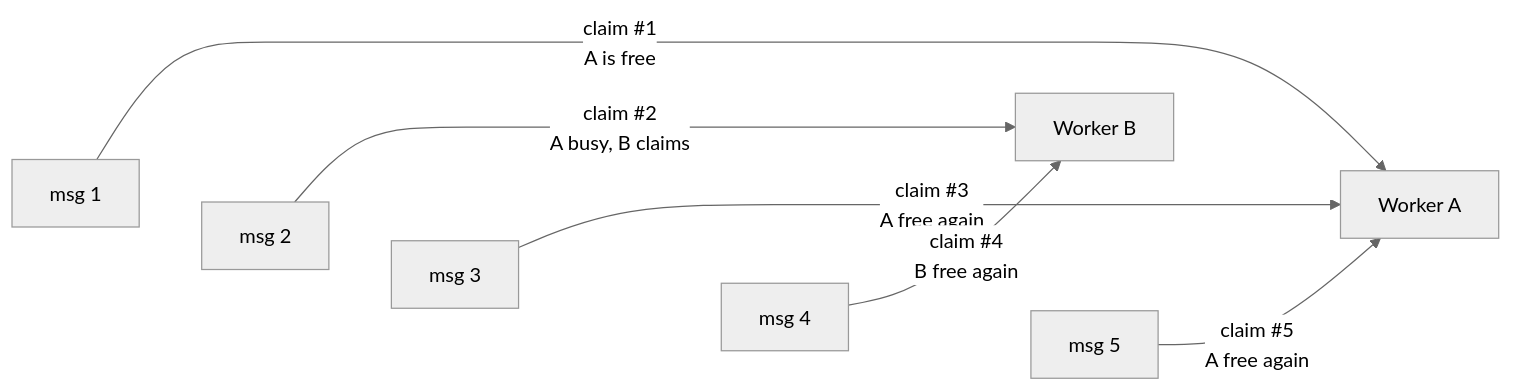
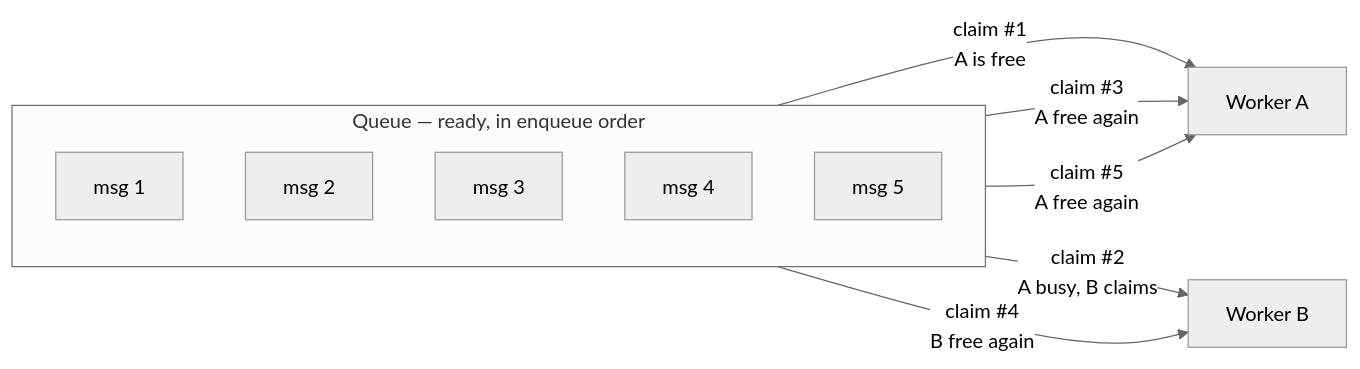
One commit to Clemkd/junction changed the first of 2 diagrams in docs/DESIGN.md. Above: the diagram before and after it, drawn with Mermaid (neutral theme). The commit also changed other lines of this file, not shown here.

Commit message:
Restore the Queue/Stream diagrams' labeled containers
Removing the subgraphs in the previous commit was the wrong fix — the
claim/cursor arrows already targeted the specific child node IDs (m1,
e1, e3, e5, ...), not the subgraph itself, so the container was never
the problem and its label ("Queue — ready, in enqueue order",
"Stream — append-only log") was useful grouping worth keeping.
Restored both subgraphs; arrows still target the same child nodes.

````diff
--- a/docs/DESIGN.md
+++ b/docs/DESIGN.md
@@ -13,9 +13,16 @@
 ```mermaid
 flowchart LR
-    m1["msg 1"] -->|"claim #1<br/>A is free"| A[Worker A]
-    m2["msg 2"] -->|"claim #2<br/>A busy, B claims"| B[Worker B]
-    m3["msg 3"] -->|"claim #3<br/>A free again"| A
-    m4["msg 4"] -->|"claim #4<br/>B free again"| B
-    m5["msg 5"] -->|"claim #5<br/>A free again"| A
-    m1 ~~~ m2 ~~~ m3 ~~~ m4 ~~~ m5
+    subgraph Q["Queue — ready, in enqueue order"]
+        direction TB
+        m1["msg 1"]
+        m2["msg 2"]
+        m3["msg 3"]
+        m4["msg 4"]
+        m5["msg 5"]
+    end
+    m1 -->|"claim #1<br/>A is free"| A[Worker A]
+    m2 -->|"claim #2<br/>A busy, B claims"| B[Worker B]
+    m3 -->|"claim #3<br/>A free again"| A
+    m4 -->|"claim #4<br/>B free again"| B
+    m5 -->|"claim #5<br/>A free again"| A
 ```
````
